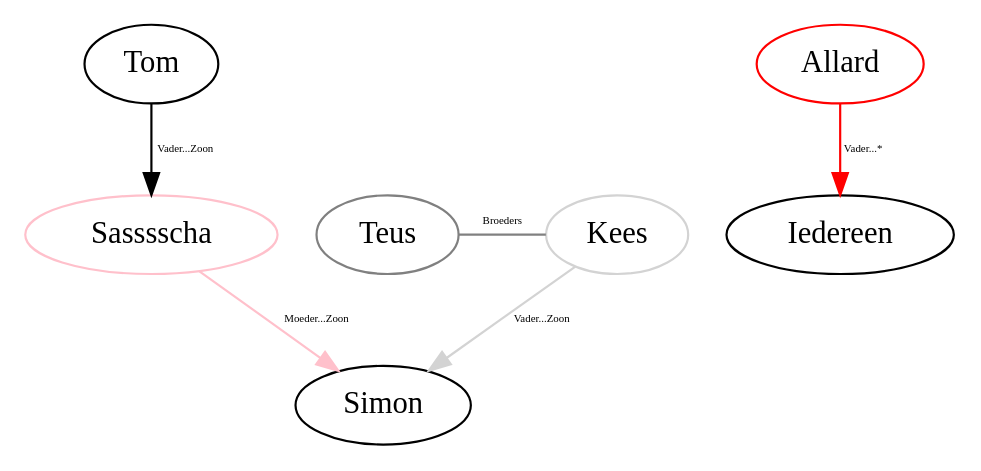
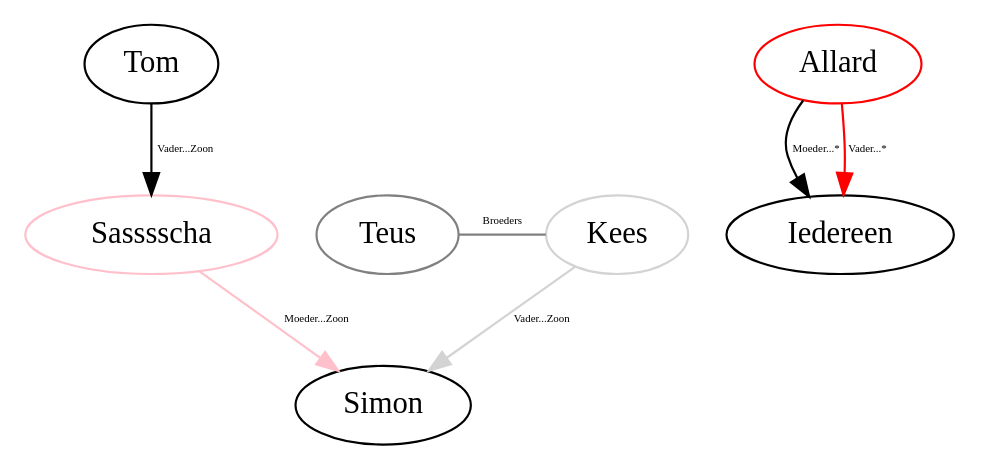
Before and after one commit to Abyss-mal-Graphics/Graphs.dot: the diagram in graphs/family.dot, drawn with Graphviz.

```diff
--- a/graphs/family.dot
+++ b/graphs/family.dot
@@ -1,46 +1,47 @@
 digraph {
     edge [fontsize=5];
 
     subgraph Zoomers {
         rank = same;
         Kees;
         Teus;
         Sas;
     }
 
     subgraph Millenials {
         rank = same;
         Tom;
         Allard;
     }
 
     subgraph Tom {
         edge [color=black];
         Tom;
         Tom -> Sas [label="Vader...Zoon"];
+        Allard->Iedereen [label="Moeder...*"];
     }
 
     subgraph Sas {
         edge [color=pink];
         Sas [color=pink label="Sasssscha"];
         Sas -> Simon [label="Moeder...Zoon"];
     }
 
     subgraph Kees {
         edge [color=lightgrey];
         Kees [color=lightgrey];
         Kees->Simon [label="Vader...Zoon"];
     }
 
     subgraph Teus {
         edge [color=grey];
         Teus [color=grey];
         Teus->Kees [label="Broeders" dir="none"];
     }
 
     subgraph Allard {
         edge [color=red];
         Allard [color=red];
         Allard->Iedereen [label="Vader...*"];
     }
 }
```
